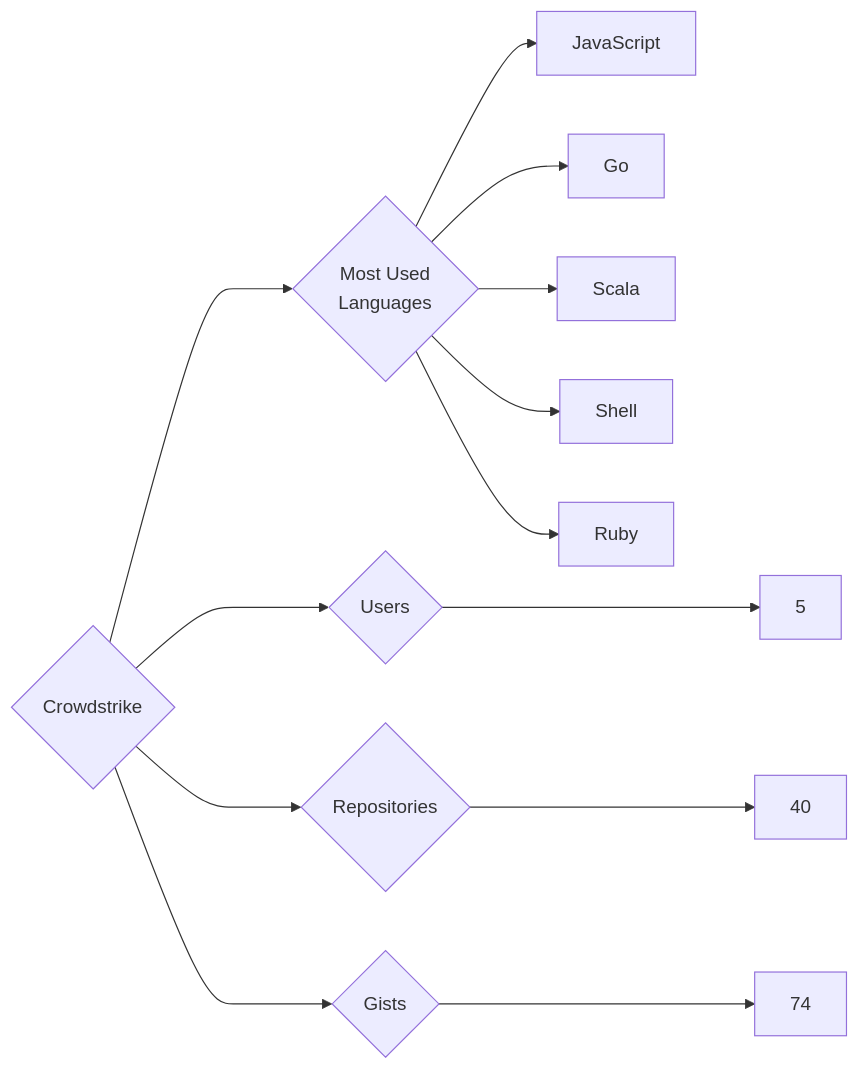
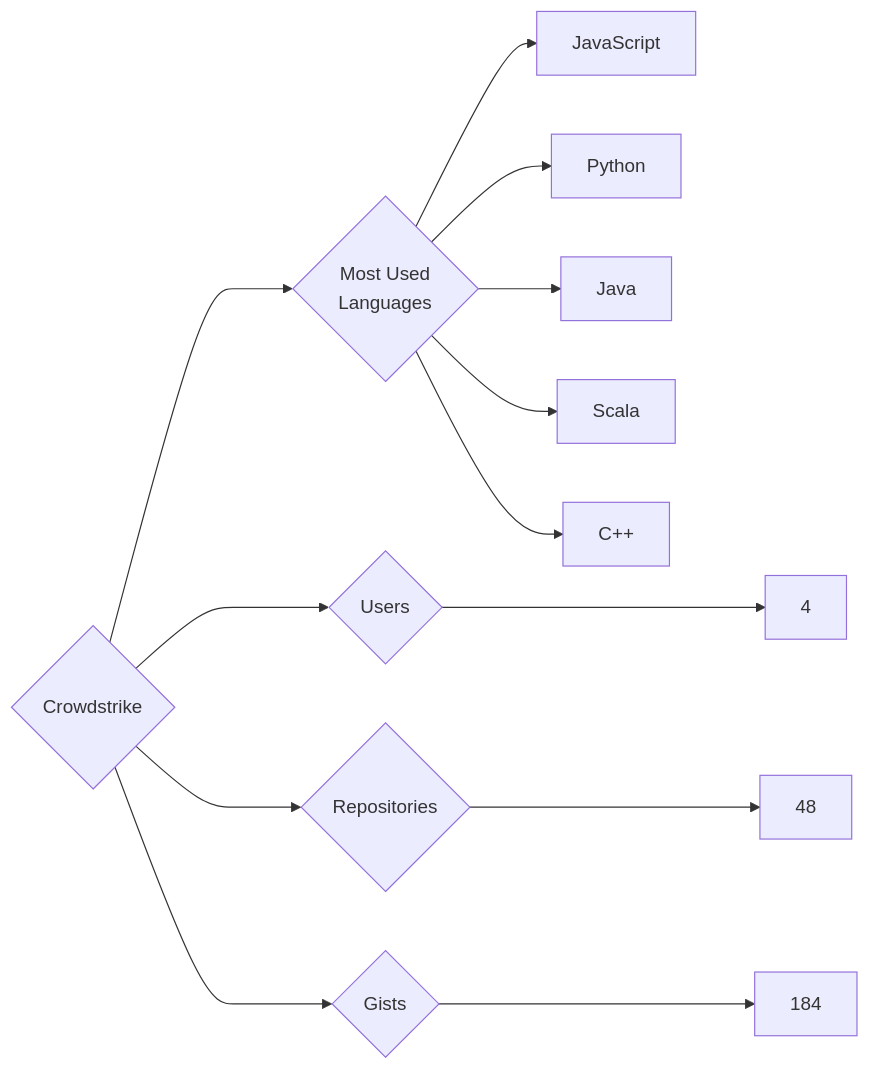
The diagram in targets/Crowdstrike/README.md (trickest/insiders), drawn with Mermaid before and after one commit. The commit also changed 1141 other files, not shown here.

````diff
--- a/targets/Crowdstrike/README.md
+++ b/targets/Crowdstrike/README.md
@@ -3,13 +3,13 @@
 ```mermaid
 graph LR
 COMPANY_NAME{Crowdstrike}
-COMPANY_NAME ---> U{Users} ---> UN[5]
-COMPANY_NAME ---> R{Repositories} ---> RN[40]
-COMPANY_NAME ---> G{Gists} ---> GN[74]
+COMPANY_NAME ---> U{Users} ---> UN[4]
+COMPANY_NAME ---> R{Repositories} ---> RN[48]
+COMPANY_NAME ---> G{Gists} ---> GN[184]
 COMPANY_NAME ---> ML{Most Used<br>Languages}
 ML --> JavaScript[JavaScript]
-ML --> Go[Go]
+ML --> Python[Python]
+ML --> Java[Java]
 ML --> Scala[Scala]
-ML --> Shell[Shell]
-ML --> Ruby[Ruby]
+ML --> C++[C++]
 ```
````
